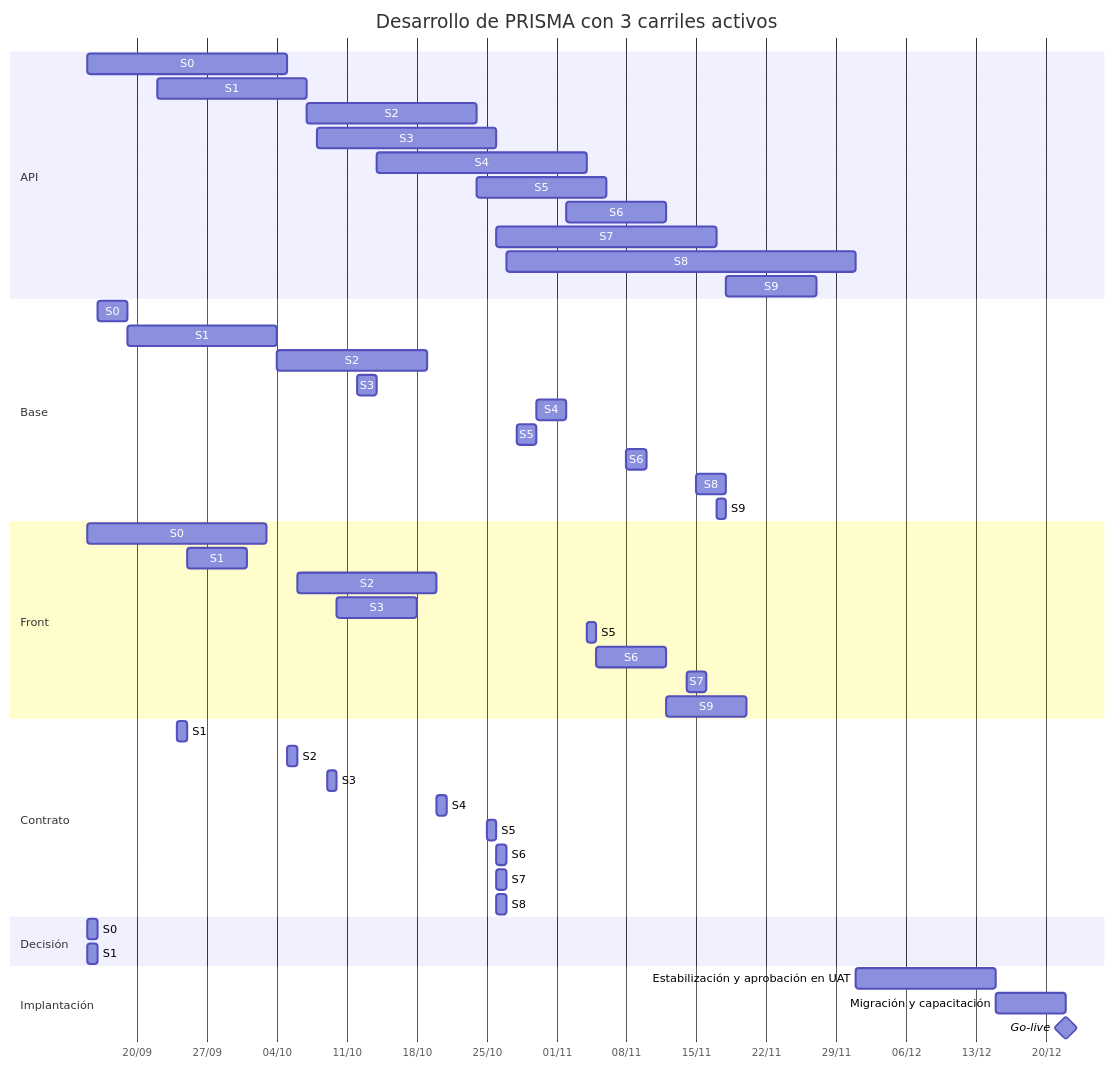
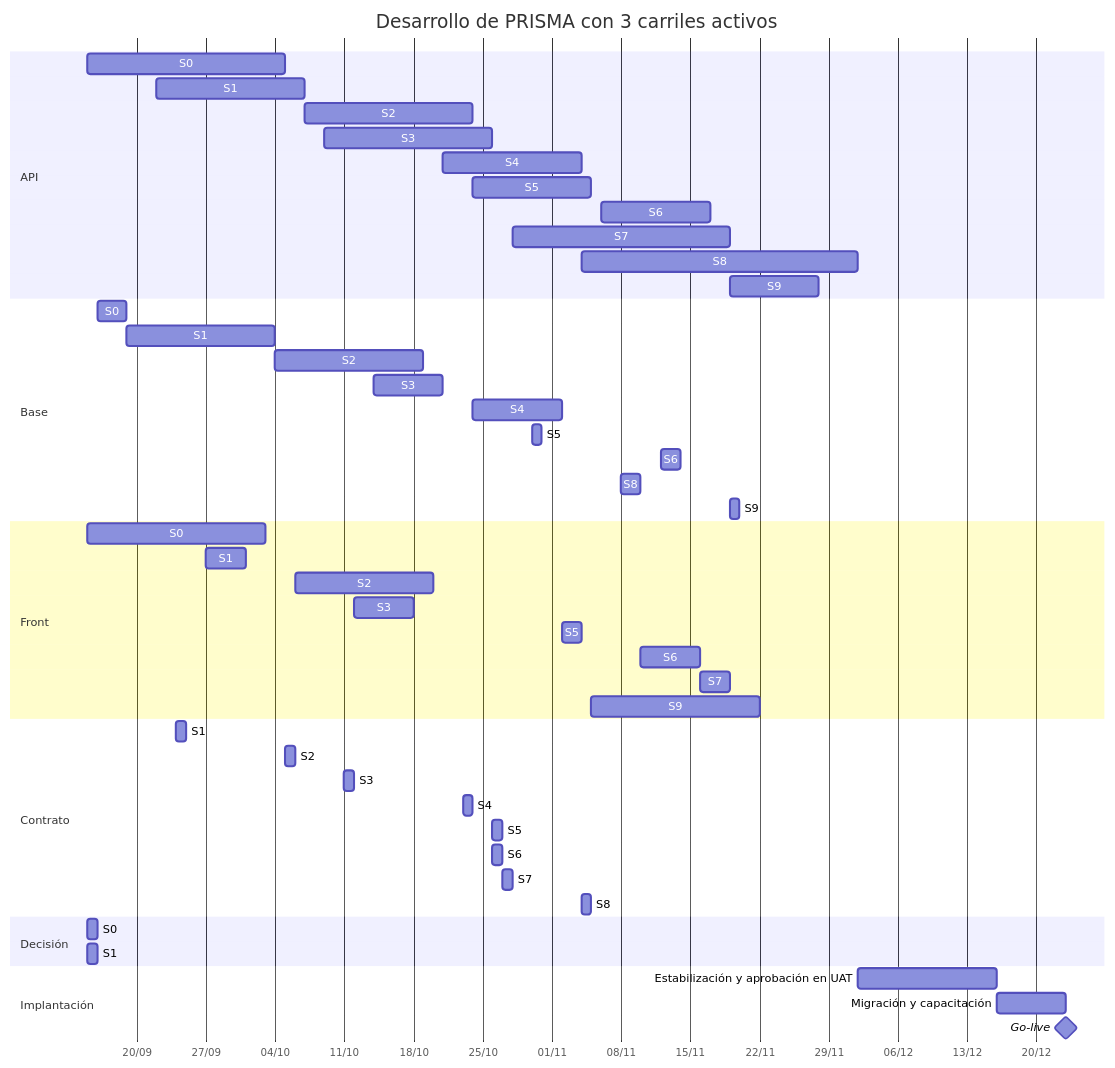
The first of 2 diagrams in docs/08-plan-de-desarrollo.md (Juanchope039/Finanzas-PRISMA), drawn with Mermaid before and after one commit. The commit also changed other lines of this file and 5 other files, not shown here.

````diff
--- a/docs/08-plan-de-desarrollo.md
+++ b/docs/08-plan-de-desarrollo.md
@@ -172,58 +172,58 @@
 ```mermaid
 gantt
     title Desarrollo de PRISMA con 3 carriles activos
     dateFormat YYYY-MM-DD
     axisFormat %d/%m
 
     section API
     S0 :api0, 2026-09-15, 2026-10-05
     S1 :api1, 2026-09-22, 2026-10-07
     S2 :api2, 2026-10-07, 2026-10-24
-    S3 :api3, 2026-10-08, 2026-10-26
-    S4 :api4, 2026-10-14, 2026-11-04
-    S5 :api5, 2026-10-24, 2026-11-06
-    S6 :api6, 2026-11-02, 2026-11-12
-    S7 :api7, 2026-10-26, 2026-11-17
-    S8 :api8, 2026-10-27, 2026-12-01
-    S9 :api9, 2026-11-18, 2026-11-27
+    S3 :api3, 2026-10-09, 2026-10-26
+    S4 :api4, 2026-10-21, 2026-11-04
+    S5 :api5, 2026-10-24, 2026-11-05
+    S6 :api6, 2026-11-06, 2026-11-17
+    S7 :api7, 2026-10-28, 2026-11-19
+    S8 :api8, 2026-11-04, 2026-12-02
+    S9 :api9, 2026-11-19, 2026-11-28
 
     section Base
     S0 :base0, 2026-09-16, 2026-09-19
     S1 :base1, 2026-09-19, 2026-10-04
     S2 :base2, 2026-10-04, 2026-10-19
-    S3 :base3, 2026-10-12, 2026-10-14
-    S4 :base4, 2026-10-30, 2026-11-02
-    S5 :base5, 2026-10-28, 2026-10-30
-    S6 :base6, 2026-11-08, 2026-11-10
-    S8 :base8, 2026-11-15, 2026-11-18
-    S9 :base9, 2026-11-17, 2026-11-18
+    S3 :base3, 2026-10-14, 2026-10-21
+    S4 :base4, 2026-10-24, 2026-11-02
+    S5 :base5, 2026-10-30, 2026-10-31
+    S6 :base6, 2026-11-12, 2026-11-14
+    S8 :base8, 2026-11-08, 2026-11-10
+    S9 :base9, 2026-11-19, 2026-11-20
 
     section Front
     S0 :front0, 2026-09-15, 2026-10-03
-    S1 :front1, 2026-09-25, 2026-10-01
+    S1 :front1, 2026-09-27, 2026-10-01
     S2 :front2, 2026-10-06, 2026-10-20
-    S3 :front3, 2026-10-10, 2026-10-18
-    S5 :front5, 2026-11-04, 2026-11-05
-    S6 :front6, 2026-11-05, 2026-11-12
-    S7 :front7, 2026-11-14, 2026-11-16
-    S9 :front9, 2026-11-12, 2026-11-20
+    S3 :front3, 2026-10-12, 2026-10-18
+    S5 :front5, 2026-11-02, 2026-11-04
+    S6 :front6, 2026-11-10, 2026-11-16
+    S7 :front7, 2026-11-16, 2026-11-19
+    S9 :front9, 2026-11-05, 2026-11-22
 
     section Contrato
     S1 :contrato1, 2026-09-24, 2026-09-25
     S2 :contrato2, 2026-10-05, 2026-10-06
-    S3 :contrato3, 2026-10-09, 2026-10-10
-    S4 :contrato4, 2026-10-20, 2026-10-21
-    S5 :contrato5, 2026-10-25, 2026-10-26
+    S3 :contrato3, 2026-10-11, 2026-10-12
+    S4 :contrato4, 2026-10-23, 2026-10-24
+    S5 :contrato5, 2026-10-26, 2026-10-27
     S6 :contrato6, 2026-10-26, 2026-10-27
-    S7 :contrato7, 2026-10-26, 2026-10-27
-    S8 :contrato8, 2026-10-26, 2026-10-27
+    S7 :contrato7, 2026-10-27, 2026-10-28
+    S8 :contrato8, 2026-11-04, 2026-11-05
 
     section Decisión
     S0 :decisin0, 2026-09-15, 2026-09-16
     S1 :decisin1, 2026-09-15, 2026-09-16
 
     section Implantación
-    Estabilización y aprobación en UAT :est, 2026-12-01, 2026-12-15
-    Migración y capacitación :mig, 2026-12-15, 2026-12-22
-    Go-live :milestone, 2026-12-22, 0d
+    Estabilización y aprobación en UAT :est, 2026-12-02, 2026-12-16
+    Migración y capacitación :mig, 2026-12-16, 2026-12-23
+    Go-live :milestone, 2026-12-23, 0d
 ```
````
